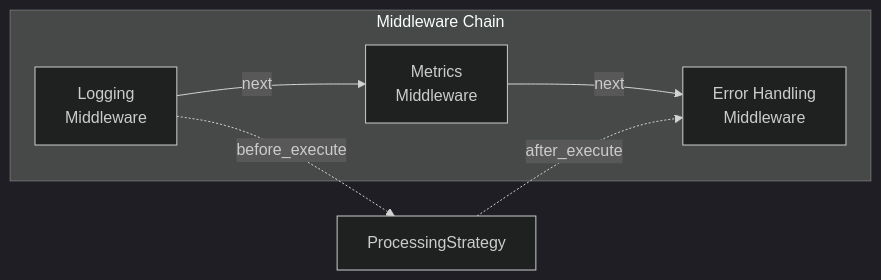
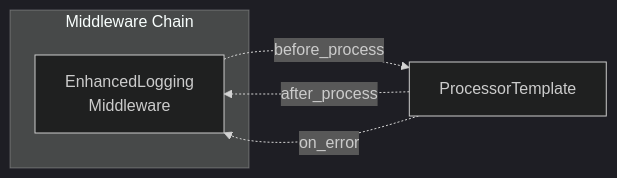
Before and after one commit to microsoft/UFO: the third of 5 diagrams in documents/docs/infrastructure/agents/design/processor.md, drawn with Mermaid (dark theme). The commit also changed other lines of this file and 6 other files, not shown here.

````diff
--- a/documents/docs/infrastructure/agents/design/processor.md
+++ b/documents/docs/infrastructure/agents/design/processor.md
@@ -413,16 +406,12 @@
 ```mermaid
 graph LR
     subgraph "Middleware Chain"
-        MW1[Logging<br/>Middleware]
-        MW2[Metrics<br/>Middleware]
-        MW3[Error Handling<br/>Middleware]
-        
-        MW1 -->|next| MW2
-        MW2 -->|next| MW3
+        MW1[EnhancedLogging<br/>Middleware]
     end
     
-    Strategy[ProcessingStrategy]
+    Processor[ProcessorTemplate]
     
-    MW1 -.before_execute.-> Strategy
-    Strategy -.after_execute.-> MW3
+    MW1 -.before_process.-> Processor
+    Processor -.after_process.-> MW1
+    Processor -.on_error.-> MW1
 ```
````
